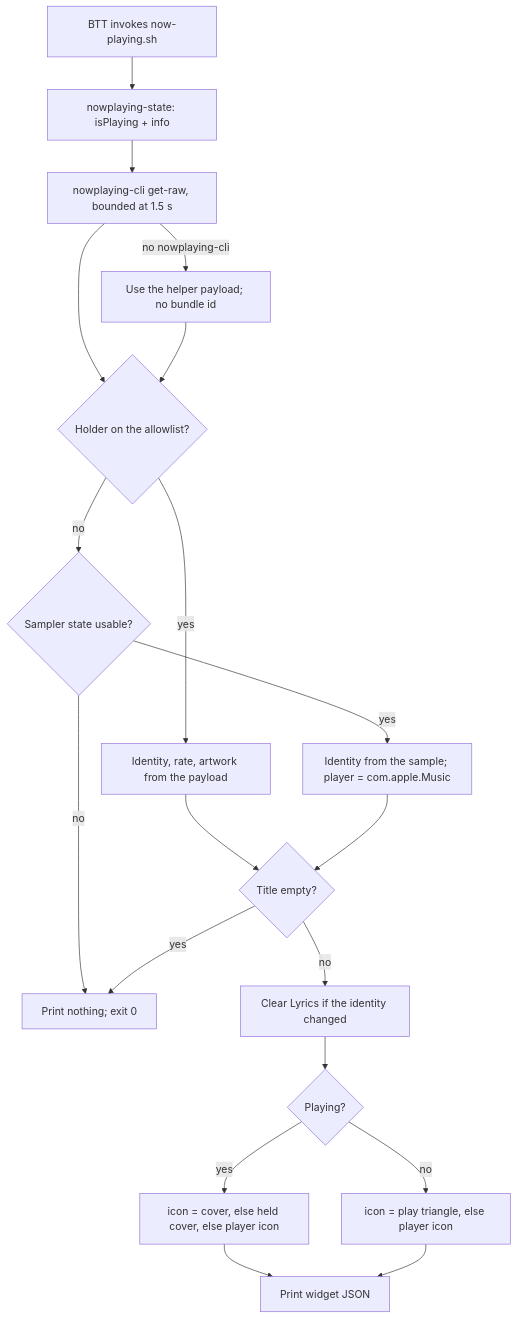
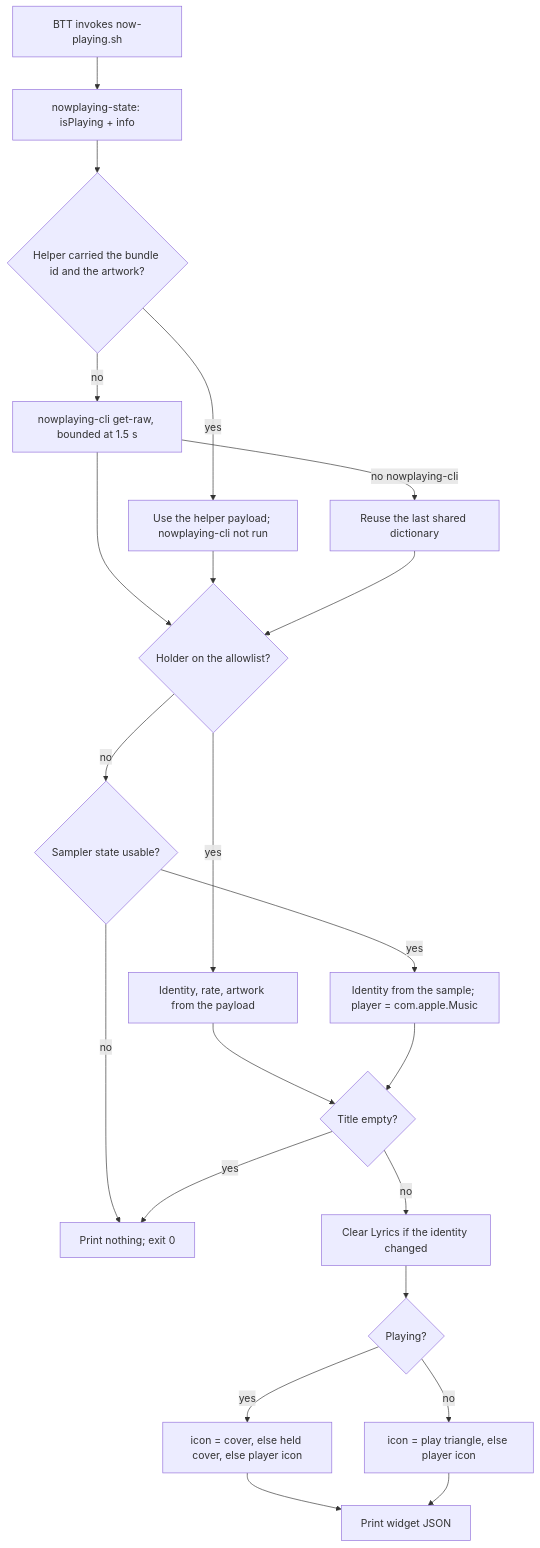
One commit to zhenyulin/AgenticTouchBar changed the diagram in specs/design/NOW-PLAYING.md. Above: the diagram before and after it, drawn with Mermaid. The commit also changed other lines of this file and 25 other files, not shown here.

````diff
--- a/specs/design/NOW-PLAYING.md
+++ b/specs/design/NOW-PLAYING.md
@@ -90,21 +91,24 @@
 ```mermaid
 flowchart TD
     A["BTT invokes now-playing.sh"] --> B["nowplaying-state: isPlaying + info"]
-    B --> C["nowplaying-cli get-raw, bounded at 1.5 s"]
-    C -->|"no nowplaying-cli"| D["Use the helper payload; no bundle id"]
+    B --> B2{"Helper carried the bundle id and the artwork?"}
+    B2 -->|yes| D["Use the helper payload; nowplaying-cli not run"]
+    B2 -->|no| C["nowplaying-cli get-raw, bounded at 1.5 s"]
+    C -->|"no nowplaying-cli"| D2["Reuse the last shared dictionary"]
     C --> E{"Holder on the allowlist?"}
     D --> E
+    D2 --> E
     E -->|yes| F["Identity, rate, artwork from the payload"]
     E -->|no| G{"Sampler state usable?"}
     G -->|no| H["Print nothing; exit 0"]
     G -->|yes| I["Identity from the sample; player = com.apple.Music"]
     F --> J{"Title empty?"}
     I --> J
     J -->|yes| H
     J -->|no| K["Clear Lyrics if the identity changed"]
     K --> L{"Playing?"}
     L -->|yes| M["icon = cover, else held cover, else player icon"]
     L -->|no| N["icon = play triangle, else player icon"]
     M --> O["Print widget JSON"]
     N --> O
 ```
````
